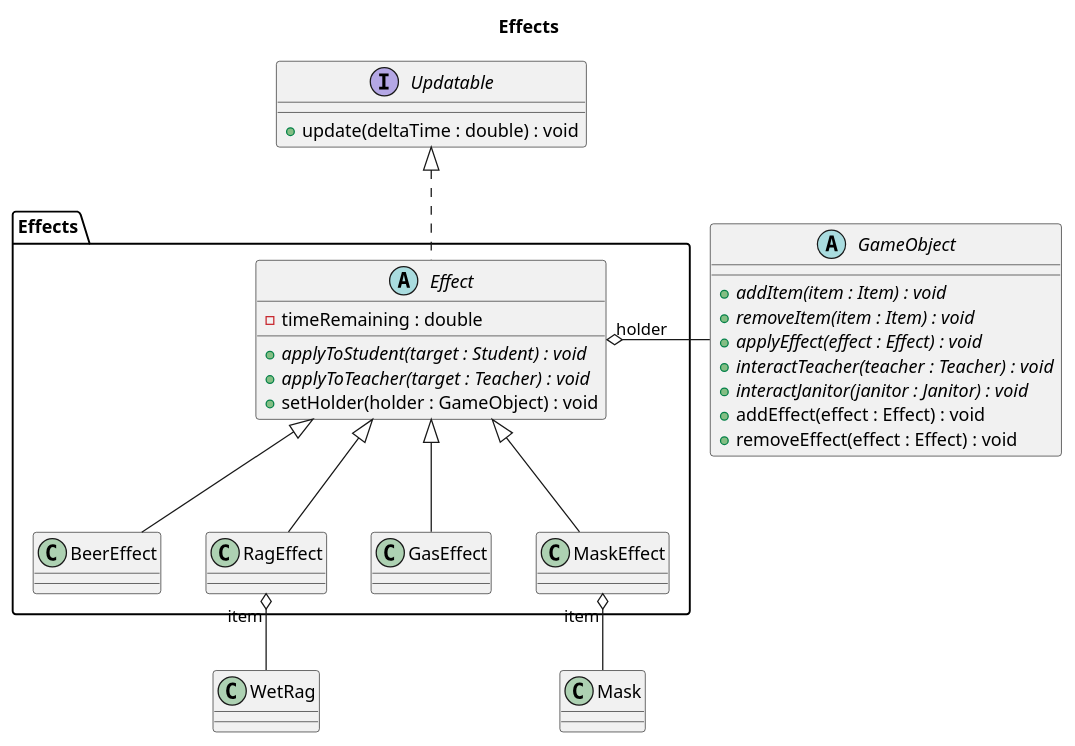
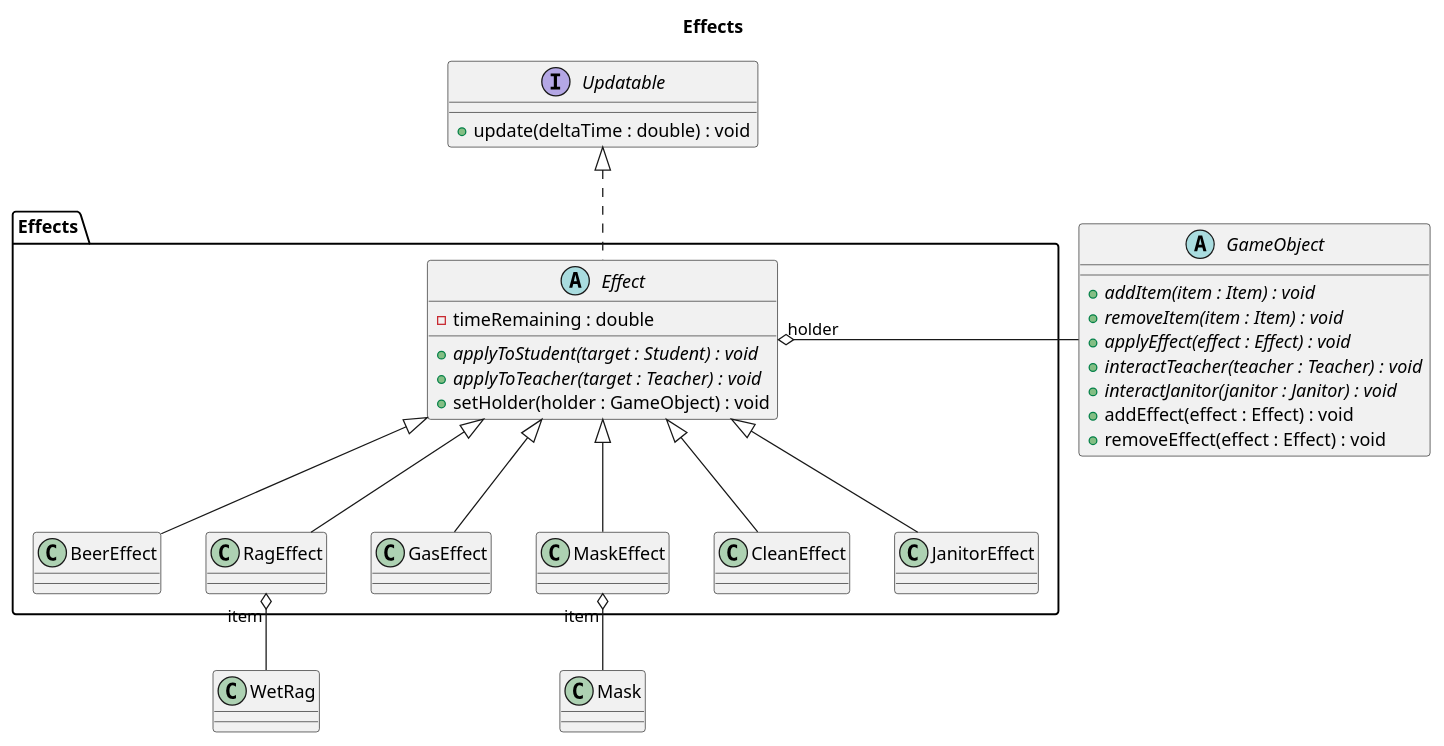
Before and after one commit to sn4k3ch4rm3r/logarlec: the diagram in docs/diagrams/class/effects.puml, drawn with PlantUML. The commit also changed 2 other files, not shown here.

Commit message:
Effects, Items,  Overview diagram updates

```diff
--- a/docs/diagrams/class/effects.puml
+++ b/docs/diagrams/class/effects.puml
@@ -1,51 +1,55 @@
 @startuml effects
 
 title Effects
 ' left to right direction
 
 package Effects {
 	abstract Effect {
 		- timeRemaining : double
 		+ {abstract} applyToStudent(target : Student) : void
 		+ {abstract} applyToTeacher(target : Teacher) : void
 		+ setHolder(holder : GameObject) : void
 	}
 
 	class BeerEffect
 	class RagEffect
 	class GasEffect
 	class MaskEffect
+	class CleanEffect
+	class JanitorEffect
 
 	together {
 		Effect <|-- BeerEffect
 		Effect <|-- RagEffect
 		Effect <|-- GasEffect
 		Effect <|-- MaskEffect
+		Effect <|-- CleanEffect
+		Effect <|-- JanitorEffect
 	}
 	
 }
 
 interface Updatable {
 	+ update(deltaTime : double) : void
 }
 
 abstract GameObject {
 	+ {abstract} addItem(item : Item) : void
 	+ {abstract} removeItem(item : Item) : void
 	+ {abstract} applyEffect(effect : Effect) : void
 	+ {abstract} interactTeacher(teacher : Teacher) : void
 	+ {abstract} interactJanitor(janitor : Janitor) : void
 	+ addEffect(effect : Effect) : void
 	+ removeEffect(effect : Effect) : void
 }
 
 class Mask
 class WetRag 
 
 Updatable <|.- Effect
 
 Effect "holder" o- GameObject
 MaskEffect "item" o-- Mask
 RagEffect "item" o-- WetRag
 
 @enduml
```
